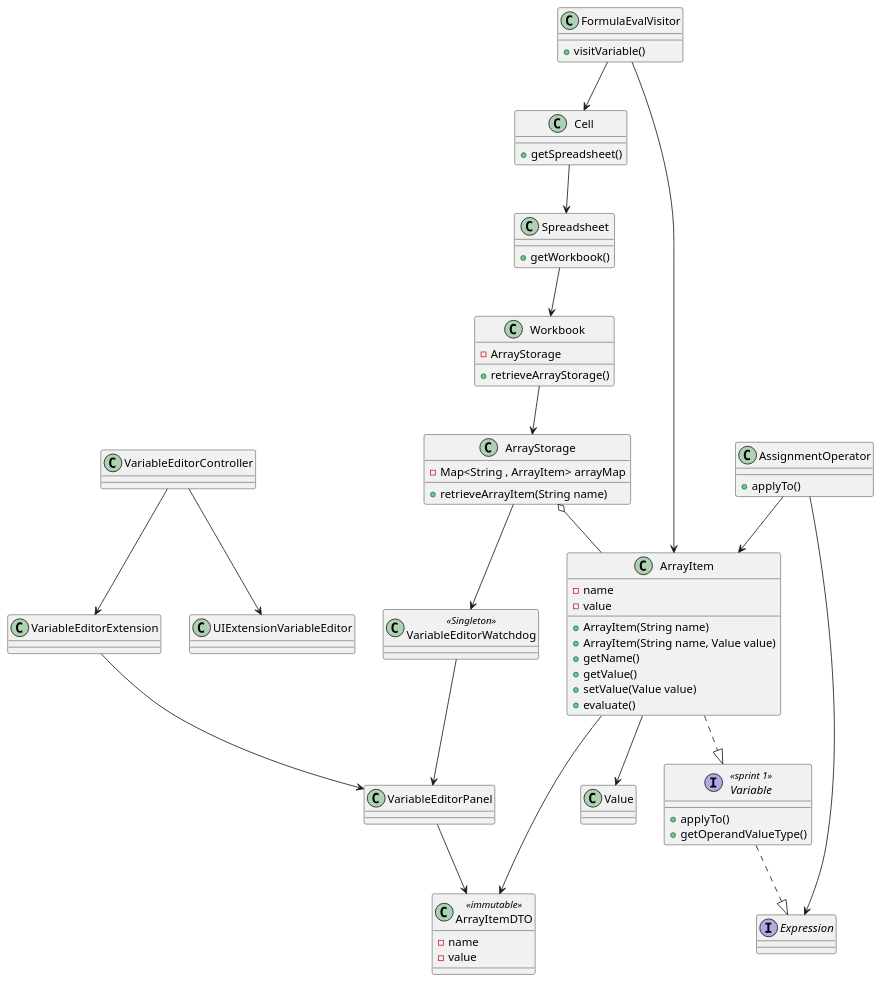
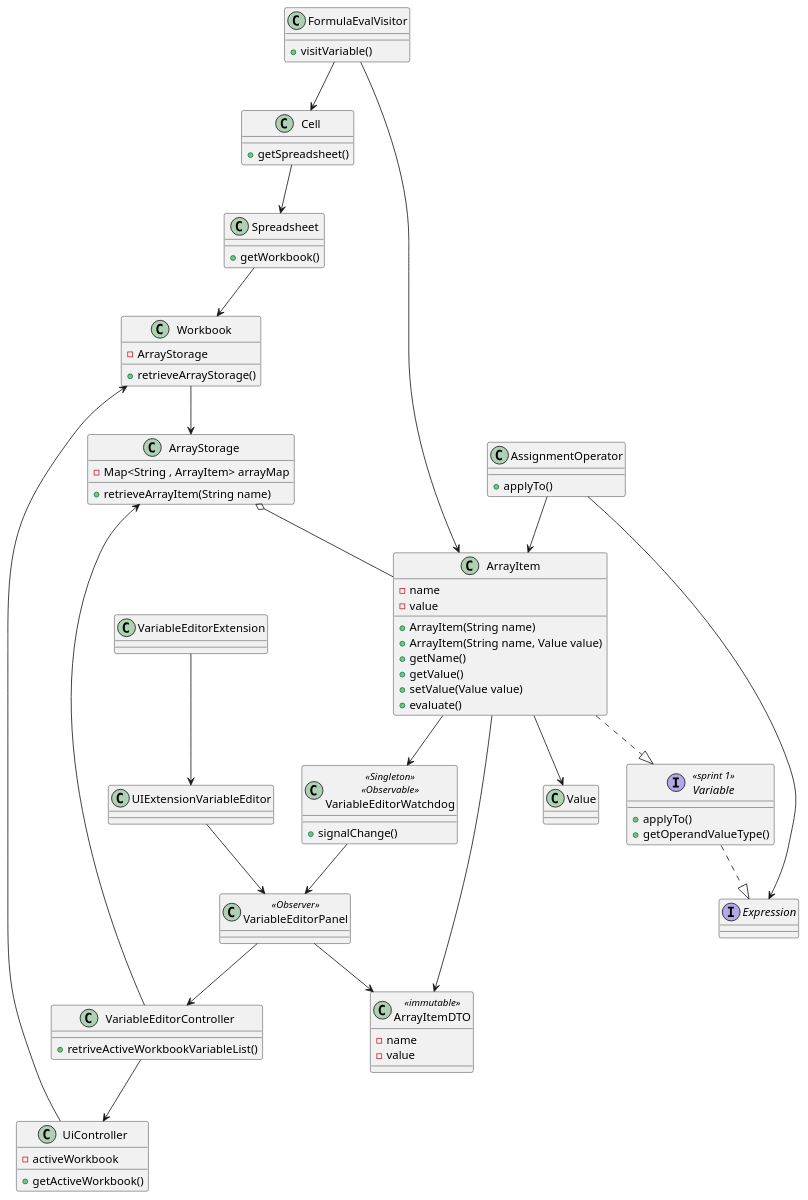
The diagram in src/main/java/lapr4/green/s3/lang/n1970581/arraysandvariableeditor/image03.puml (PeFerreira98/ISEP.Lic.LAPR4_2017), drawn with PlantUML before and after one commit. The commit also changed 3 other files, not shown here.

```diff
--- a/src/main/java/lapr4/green/s3/lang/n1970581/arraysandvariableeditor/image03.puml
+++ b/src/main/java/lapr4/green/s3/lang/n1970581/arraysandvariableeditor/image03.puml
@@ -1,107 +1,119 @@
 @startuml image03.png
 
 class Workbook {
   - ArrayStorage
     + retrieveArrayStorage()
  }
 
 class ArrayStorage {
   - Map<String , ArrayItem> arrayMap
   + retrieveArrayItem(String name)
  }
 class ArrayItem {
   - name
   - value
 + ArrayItem(String name)
 + ArrayItem(String name, Value value)
 + getName() 
 + getValue() 
 + setValue(Value value)
 + evaluate()
  }
 class ArrayItemDTO  << immutable >>{
   - name
   - value
  }
 
 class AssignmentOperator {
  + applyTo()
 }
 class FormulaEvalVisitor {
  + visitVariable()
 }
 
 class Cell {
  + getSpreadsheet()
 }
 
 class Spreadsheet {
   +  getWorkbook()
 }
 
 class Value {
  }
 
 interface Variable <<sprint 1>>{
 + applyTo()
 + getOperandValueType()
  }
 interface Expression {
  }
 
 
 
 class VariableEditorController {
  }
 
 class VariableEditorController {
+    + retriveActiveWorkbookVariableList()
  }
 class VariableEditorExtension {
  }
-class VariableEditorPanel {
+class VariableEditorPanel <<Observer>>{
  }
 class UIExtensionVariableEditor {
  }
-class VariableEditorWatchdog  <<Singleton>>{
+class VariableEditorWatchdog  <<Singleton>><<Observable>>{
+    + signalChange()
  }
 
+class UiController{
+ - activeWorkbook
+ + getActiveWorkbook()
+}
 
 'Workbook
 'ArrayStorage
 'ArrayItem
 'Variable
 'Value
 'VariableEditorExtension
 'VariableEditorController
 'VariableEditorPanel
 'UIExtensionVariableEditor
 
 Workbook --> ArrayStorage
 ArrayStorage o-- ArrayItem
 ArrayItem ..|> Variable
 Variable ..|> Expression
 AssignmentOperator --> Expression
 AssignmentOperator --> ArrayItem
 FormulaEvalVisitor --> Cell
 Cell --> Spreadsheet
 Spreadsheet --> Workbook
 FormulaEvalVisitor --> ArrayItem
-
+UiController --> Workbook
 
 ArrayItem --> Value
 ArrayItem --> ArrayItemDTO
 
-ArrayStorage --> VariableEditorWatchdog
+ArrayItem --> VariableEditorWatchdog
 
-VariableEditorController --> VariableEditorExtension
 
-VariableEditorController --> UIExtensionVariableEditor
 
-VariableEditorExtension --> VariableEditorPanel
+VariableEditorController --> UiController
+VariableEditorController --> ArrayStorage
+
+'VariableEditorController --> UIExtensionVariableEditor
+
+VariableEditorExtension --> UIExtensionVariableEditor
+UIExtensionVariableEditor --> VariableEditorPanel
+VariableEditorPanel --> VariableEditorController
 
 VariableEditorWatchdog --> VariableEditorPanel
 
 VariableEditorPanel --> ArrayItemDTO
 
 
+
 @enduml
```
